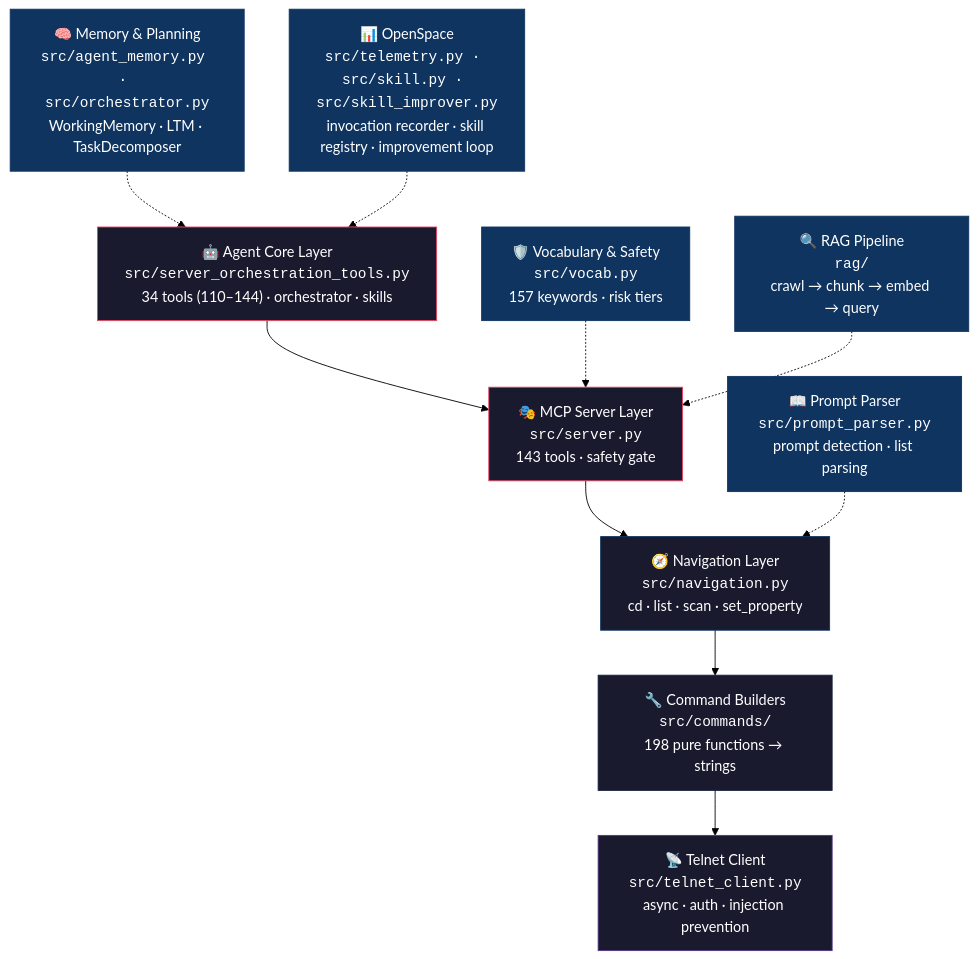
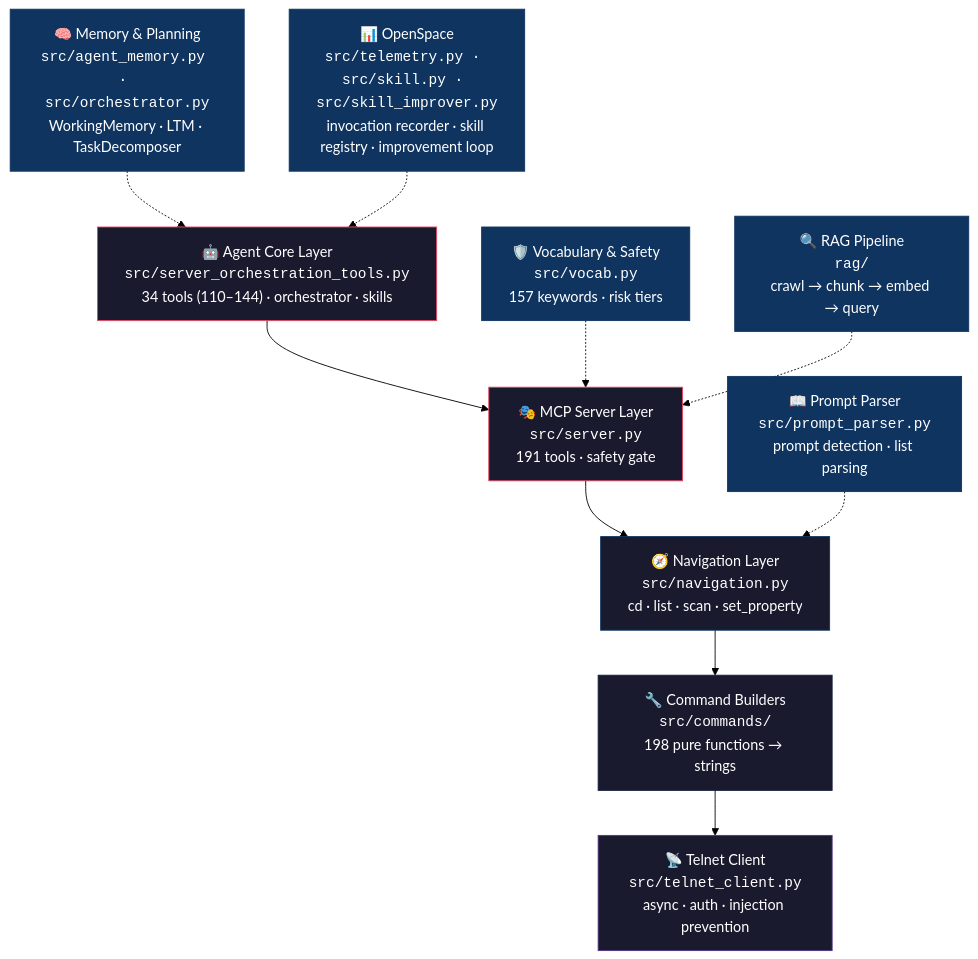
One commit to drohi-r/grandma2-mcp changed the first of 2 diagrams in README.md. Above: the diagram before and after it, drawn with Mermaid (forest theme). The commit also changed other lines of this file and 7 other files, not shown here.

````diff
--- a/README.md
+++ b/README.md
@@ -64,25 +64,25 @@
 ```mermaid
 graph TD
     H["🤖 Agent Core Layer<br/><code>src/server_orchestration_tools.py</code><br/>34 tools (110–144) · orchestrator · skills"] --> A
-    A["🎭 MCP Server Layer<br/><code>src/server.py</code><br/>143 tools · safety gate"] --> B
+    A["🎭 MCP Server Layer<br/><code>src/server.py</code><br/>191 tools · safety gate"] --> B
     B["🧭 Navigation Layer<br/><code>src/navigation.py</code><br/>cd · list · scan · set_property"] --> C
     C["🔧 Command Builders<br/><code>src/commands/</code><br/>198 pure functions → strings"] --> D
     D["📡 Telnet Client<br/><code>src/telnet_client.py</code><br/>async · auth · injection prevention"]
 
     E["📖 Prompt Parser<br/><code>src/prompt_parser.py</code><br/>prompt detection · list parsing"] -.-> B
     F["🛡️ Vocabulary & Safety<br/><code>src/vocab.py</code><br/>157 keywords · risk tiers"] -.-> A
     G["🔍 RAG Pipeline<br/><code>rag/</code><br/>crawl → chunk → embed → query"] -.-> A
     I["🧠 Memory & Planning<br/><code>src/agent_memory.py · src/orchestrator.py</code><br/>WorkingMemory · LTM · TaskDecomposer"] -.-> H
     J["📊 OpenSpace<br/><code>src/telemetry.py · src/skill.py · src/skill_improver.py</code><br/>invocation recorder · skill registry · improvement loop"] -.-> H
 
     style H fill:#1a1a2e,stroke:#e94560,color:#fff
     style A fill:#1a1a2e,stroke:#e94560,color:#fff
     style B fill:#1a1a2e,stroke:#0f3460,color:#fff
     style C fill:#1a1a2e,stroke:#16213e,color:#fff
     style D fill:#1a1a2e,stroke:#533483,color:#fff
     style E fill:#0f3460,stroke:#0f3460,color:#fff
     style F fill:#0f3460,stroke:#0f3460,color:#fff
     style G fill:#0f3460,stroke:#0f3460,color:#fff
     style I fill:#0f3460,stroke:#0f3460,color:#fff
     style J fill:#0f3460,stroke:#0f3460,color:#fff
 ```
````
